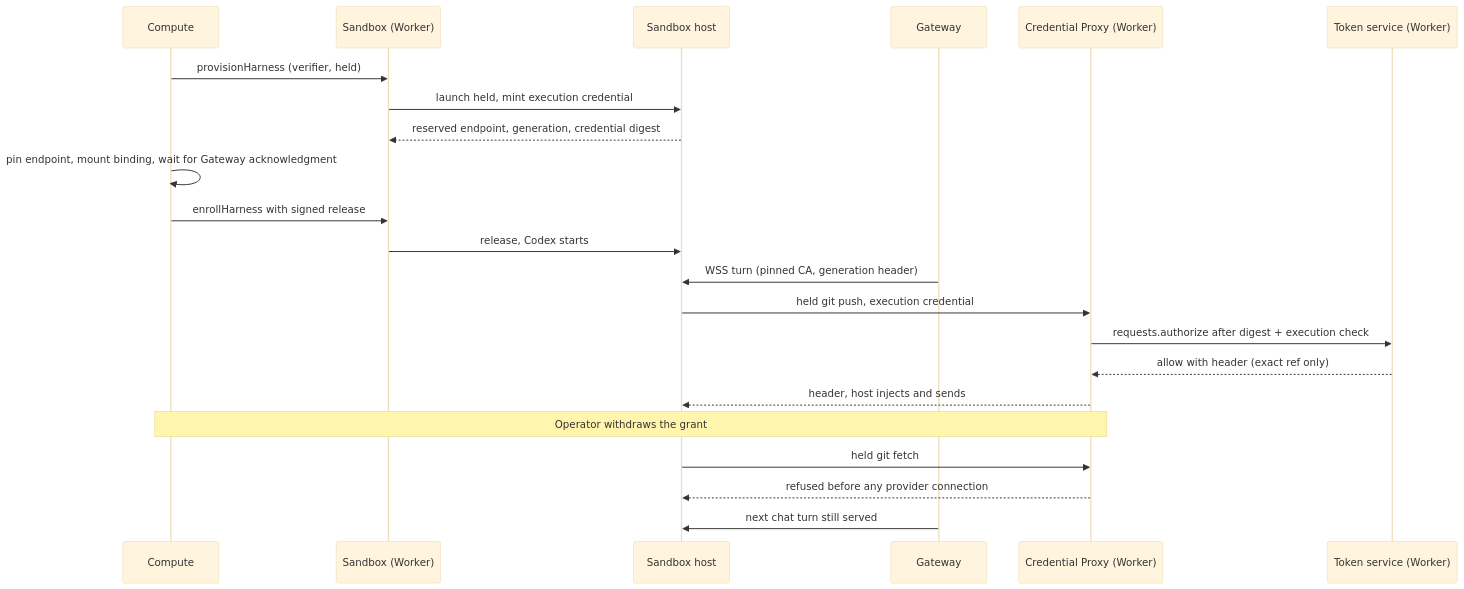
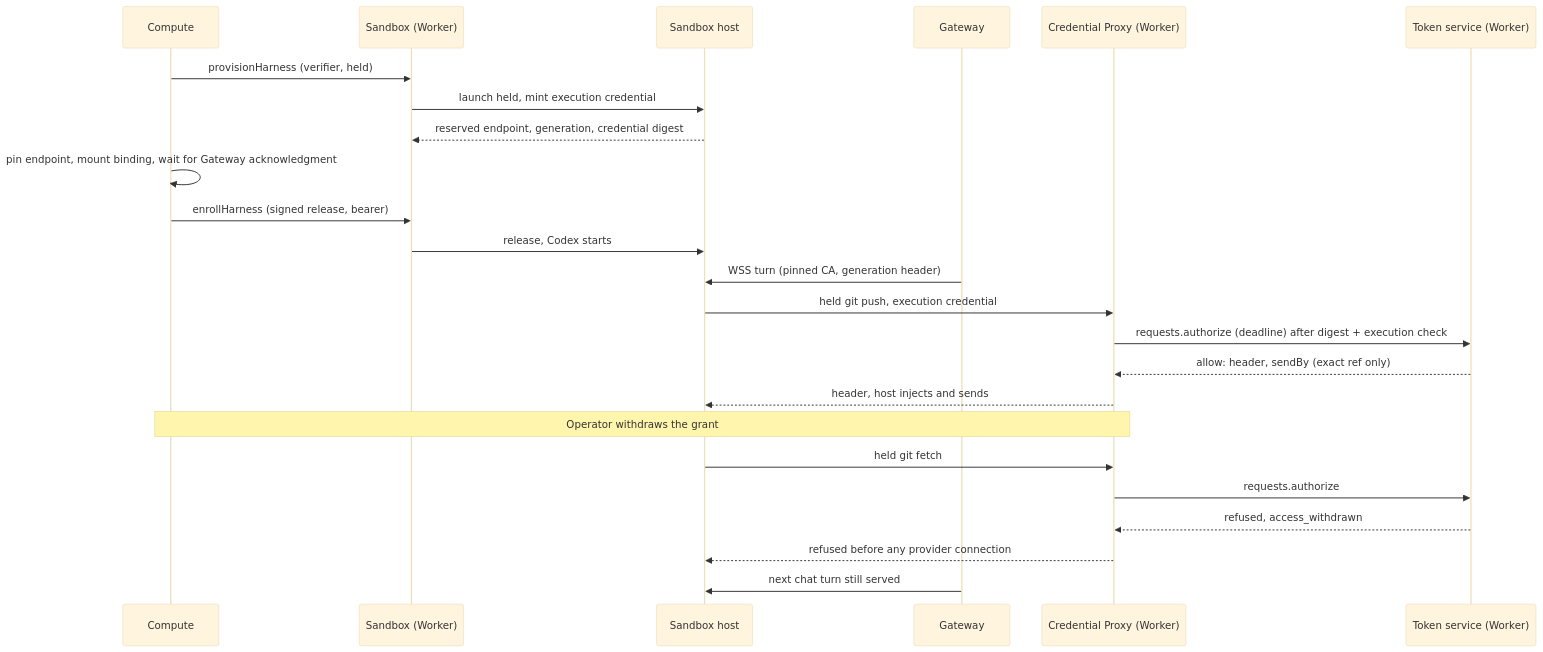
One commit to openclaw/openclaw-enterprise changed the second of 2 diagrams in specs/rfcs/0040-external-sandbox-driver.md. Above: the diagram before and after it, drawn with Mermaid (base theme). The commit also changed other lines of this file, not shown here.

````diff
--- a/specs/rfcs/0040-external-sandbox-driver.md
+++ b/specs/rfcs/0040-external-sandbox-driver.md
@@ -191,24 +192,26 @@
 ```mermaid
 sequenceDiagram
   participant C as Compute
   participant S as Sandbox (Worker)
   participant H as Sandbox host
   participant G as Gateway
   participant P as Credential Proxy (Worker)
   participant T as Token service (Worker)
   C->>S: provisionHarness (verifier, held)
   S->>H: launch held, mint execution credential
   H-->>S: reserved endpoint, generation, credential digest
   C->>C: pin endpoint, mount binding, wait for Gateway acknowledgment
-  C->>S: enrollHarness with signed release
+  C->>S: enrollHarness (signed release, bearer)
   S->>H: release, Codex starts
   G->>H: WSS turn (pinned CA, generation header)
   H->>P: held git push, execution credential
-  P->>T: requests.authorize after digest + execution check
-  T-->>P: allow with header (exact ref only)
+  P->>T: requests.authorize (deadline) after digest + execution check
+  T-->>P: allow: header, sendBy (exact ref only)
   P-->>H: header, host injects and sends
   Note over C,P: Operator withdraws the grant
   H->>P: held git fetch
+  P->>T: requests.authorize
+  T-->>P: refused, access_withdrawn
   P-->>H: refused before any provider connection
   G->>H: next chat turn still served
 ```
````
